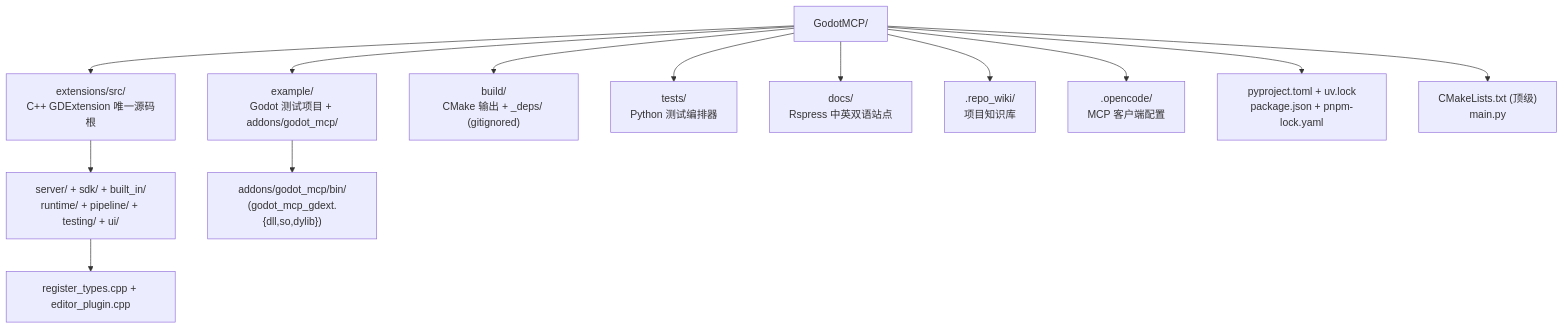
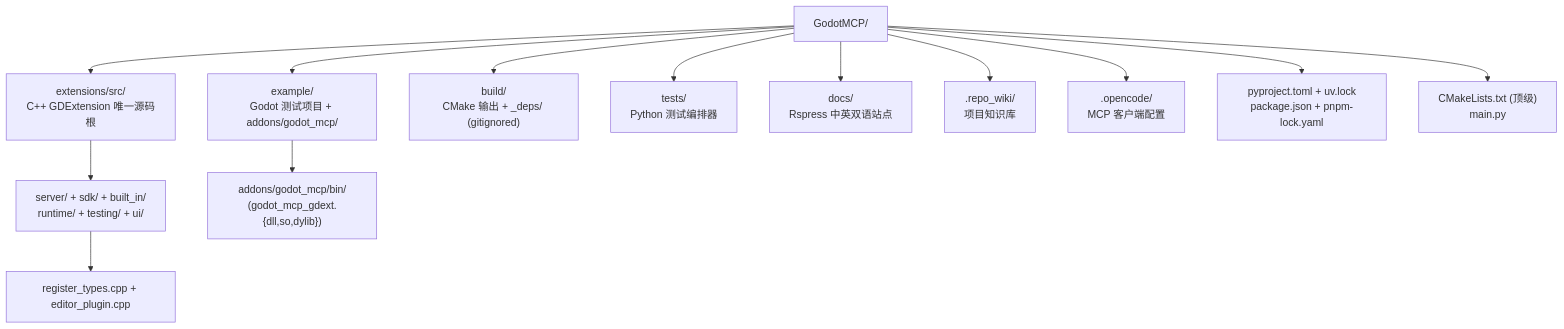
The first of 2 diagrams in .repo_wiki/specification/project-structure.md (jesspig/GodotMCP-GDExtension), drawn with Mermaid before and after one commit. The commit also changed other lines of this file and 41 other files, not shown here.

````diff
--- a/.repo_wiki/specification/project-structure.md
+++ b/.repo_wiki/specification/project-structure.md
@@ -5,16 +5,16 @@
 ```mermaid
 flowchart TB
     Root["GodotMCP/"]
     Root --> Src["extensions/src/<br/>C++ GDExtension 唯一源码根"]
     Root --> Example["example/<br/>Godot 测试项目 + addons/godot_mcp/"]
     Root --> Build["build/<br/>CMake 输出 + _deps/ (gitignored)"]
     Root --> Tests["tests/<br/>Python 测试编排器"]
     Root --> Docs["docs/<br/>Rspress 中英双语站点"]
     Root --> Wiki[".repo_wiki/<br/>项目知识库"]
     Root --> Opencode[".opencode/<br/>MCP 客户端配置"]
     Root --> Pkg["pyproject.toml + uv.lock<br/>package.json + pnpm-lock.yaml"]
     Root --> Cfg["CMakeLists.txt (顶级)<br/>main.py"]
-    Src --> Cpp["server/ + sdk/ + built_in/<br/>runtime/ + pipeline/ + testing/ + ui/"]
+    Src --> Cpp["server/ + sdk/ + built_in/<br/>runtime/ + testing/ + ui/"]
     Cpp --> Entry["register_types.cpp + editor_plugin.cpp"]
     Example --> Bin["addons/godot_mcp/bin/<br/>(godot_mcp_gdext.{dll,so,dylib})"]
 ```
````
